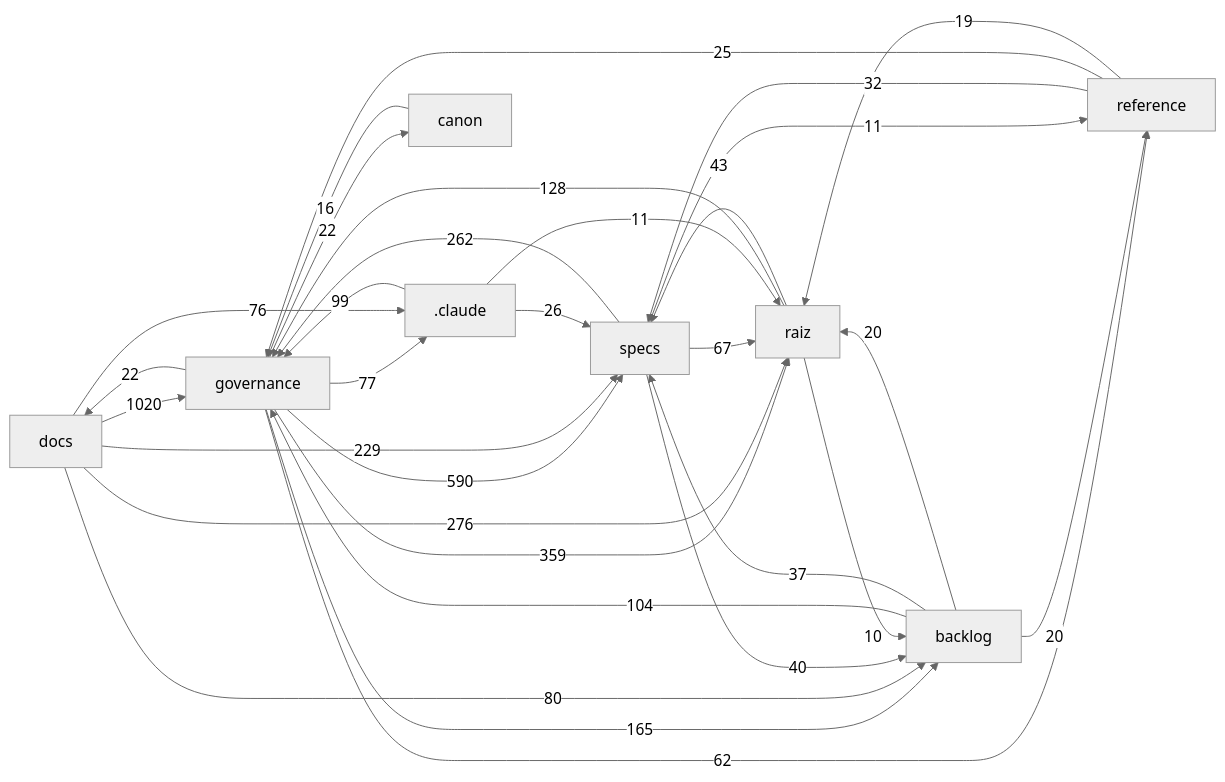
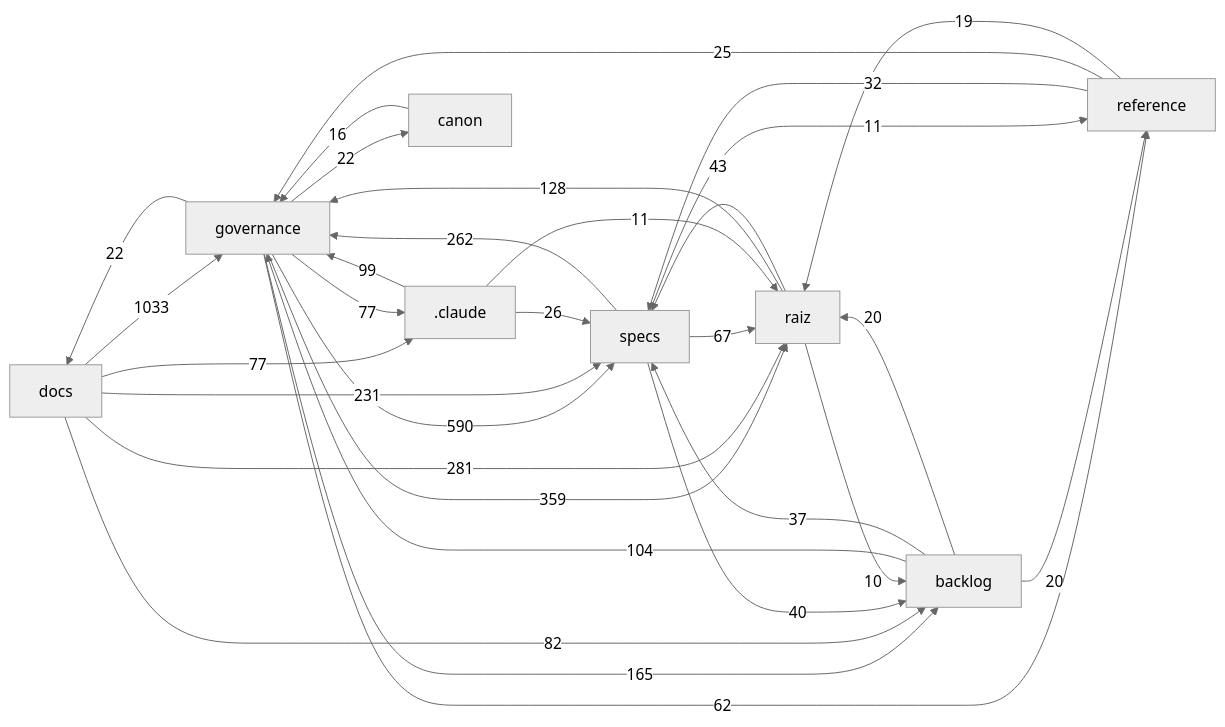
Before and after one commit to Andraus35/Sistema-Operacional-de-Trading--SOT: the diagram in docs/mapa/MAPA-PROJETO.md, drawn with Mermaid (neutral theme). The commit also changed other lines of this file and 3 other files, not shown here.

````diff
--- a/docs/mapa/MAPA-PROJETO.md
+++ b/docs/mapa/MAPA-PROJETO.md
@@ -29,33 +29,33 @@
 ```mermaid
 flowchart LR
-  docs["docs"] -->|1020| governance["governance"]
+  docs["docs"] -->|1033| governance["governance"]
   governance["governance"] -->|590| specs["specs"]
   governance["governance"] -->|359| raiz["raiz"]
-  docs["docs"] -->|276| raiz["raiz"]
+  docs["docs"] -->|281| raiz["raiz"]
   specs["specs"] -->|262| governance["governance"]
-  docs["docs"] -->|229| specs["specs"]
+  docs["docs"] -->|231| specs["specs"]
   governance["governance"] -->|165| backlog["backlog"]
   raiz["raiz"] -->|128| governance["governance"]
   backlog["backlog"] -->|104| governance["governance"]
   _claude[".claude"] -->|99| governance["governance"]
-  docs["docs"] -->|80| backlog["backlog"]
+  docs["docs"] -->|82| backlog["backlog"]
+  docs["docs"] -->|77| _claude[".claude"]
   governance["governance"] -->|77| _claude[".claude"]
-  docs["docs"] -->|76| _claude[".claude"]
   specs["specs"] -->|67| raiz["raiz"]
   governance["governance"] -->|62| reference["reference"]
   raiz["raiz"] -->|43| specs["specs"]
   specs["specs"] -->|40| backlog["backlog"]
   backlog["backlog"] -->|37| specs["specs"]
   reference["reference"] -->|32| specs["specs"]
   _claude[".claude"] -->|26| specs["specs"]
   reference["reference"] -->|25| governance["governance"]
   governance["governance"] -->|22| docs["docs"]
   governance["governance"] -->|22| canon["canon"]
   backlog["backlog"] -->|20| raiz["raiz"]
   backlog["backlog"] -->|20| reference["reference"]
   reference["reference"] -->|19| raiz["raiz"]
   canon["canon"] -->|16| governance["governance"]
   _claude[".claude"] -->|11| raiz["raiz"]
   specs["specs"] -->|11| reference["reference"]
   raiz["raiz"] -->|10| backlog["backlog"]
 ```
````
